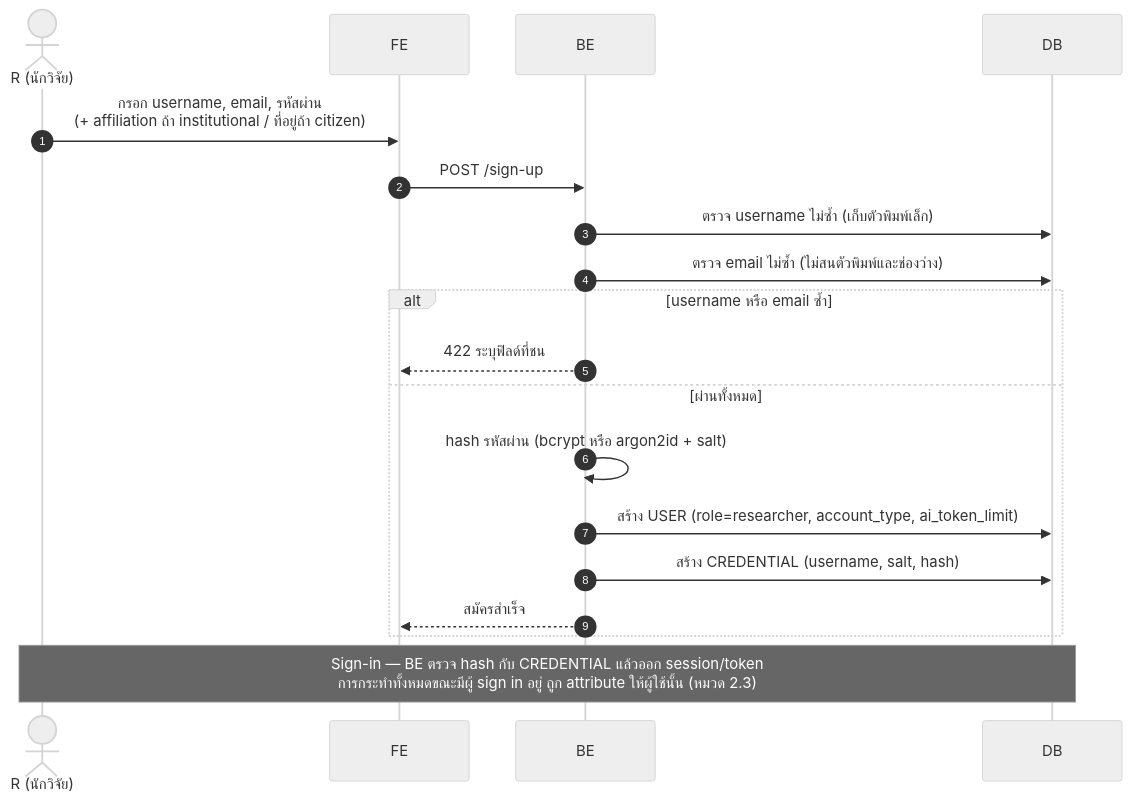
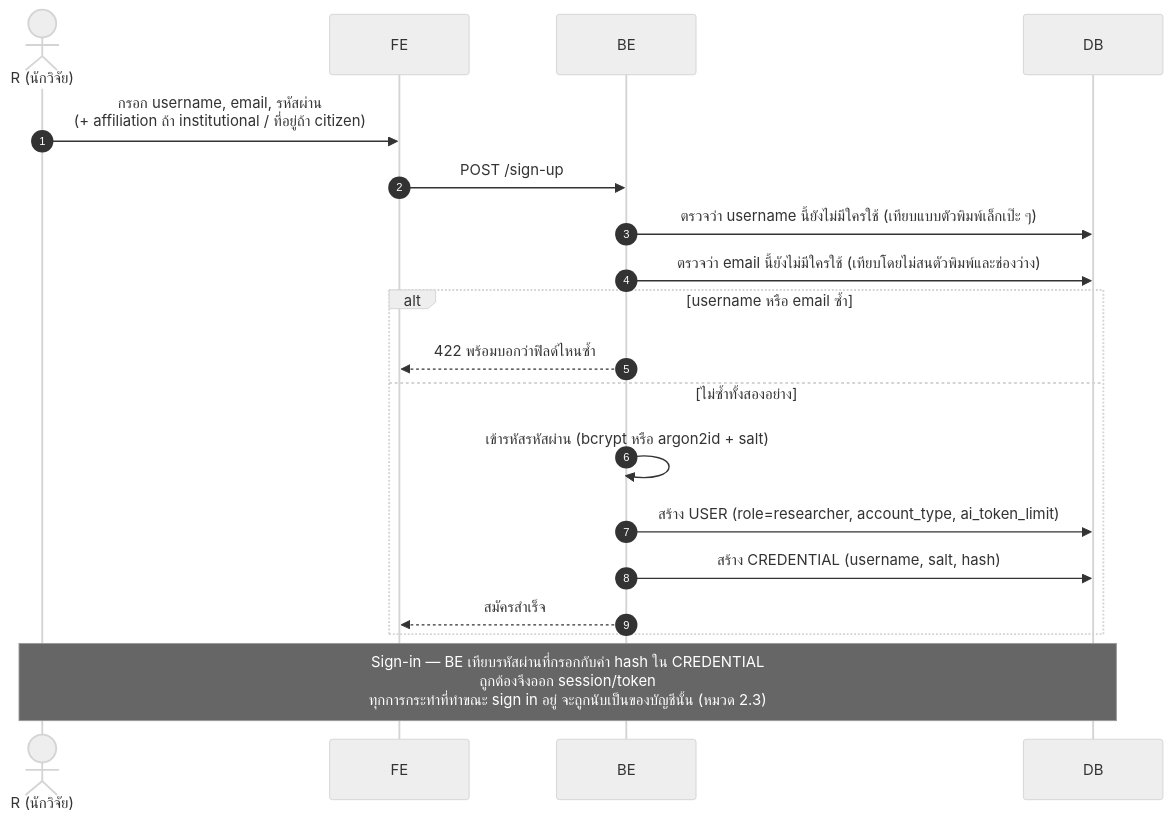
Before and after one commit to Open-Science-and-Data-management/Backend: the first of 14 diagrams in docs/architecture/sequence-diagrams.md, drawn with Mermaid (neutral theme). The commit also changed other lines of this file and 15 other files, not shown here.

````diff
--- a/docs/architecture/sequence-diagrams.md
+++ b/docs/architecture/sequence-diagrams.md
@@ -57,23 +70,23 @@
 ```mermaid
 sequenceDiagram
     autonumber
     actor R as R (นักวิจัย)
     participant FE as FE
     participant BE as BE
     participant DB as DB
 
     R->>FE: กรอก username, email, รหัสผ่าน<br/>(+ affiliation ถ้า institutional / ที่อยู่ถ้า citizen)
     FE->>BE: POST /sign-up
-    BE->>DB: ตรวจ username ไม่ซ้ำ (เก็บตัวพิมพ์เล็ก)
-    BE->>DB: ตรวจ email ไม่ซ้ำ (ไม่สนตัวพิมพ์และช่องว่าง)
+    BE->>DB: ตรวจว่า username นี้ยังไม่มีใครใช้ (เทียบแบบตัวพิมพ์เล็กเป๊ะ ๆ)
+    BE->>DB: ตรวจว่า email นี้ยังไม่มีใครใช้ (เทียบโดยไม่สนตัวพิมพ์และช่องว่าง)
     alt username หรือ email ซ้ำ
-        BE-->>FE: 422 ระบุฟิลด์ที่ชน
-    else ผ่านทั้งหมด
-        BE->>BE: hash รหัสผ่าน (bcrypt หรือ argon2id + salt)
+        BE-->>FE: 422 พร้อมบอกว่าฟิลด์ไหนซ้ำ
+    else ไม่ซ้ำทั้งสองอย่าง
+        BE->>BE: เข้ารหัสรหัสผ่าน (bcrypt หรือ argon2id + salt)
         BE->>DB: สร้าง USER (role=researcher, account_type, ai_token_limit)
         BE->>DB: สร้าง CREDENTIAL (username, salt, hash)
         BE-->>FE: สมัครสำเร็จ
     end
 
-    Note over R,DB: Sign-in — BE ตรวจ hash กับ CREDENTIAL แล้วออก session/token<br/>การกระทำทั้งหมดขณะมีผู้ sign in อยู่ ถูก attribute ให้ผู้ใช้นั้น (หมวด 2.3)
+    Note over R,DB: Sign-in — BE เทียบรหัสผ่านที่กรอกกับค่า hash ใน CREDENTIAL<br/>ถูกต้องจึงออก session/token<br/>ทุกการกระทำที่ทำขณะ sign in อยู่ จะถูกนับเป็นของบัญชีนั้น (หมวด 2.3)
 ```
````
